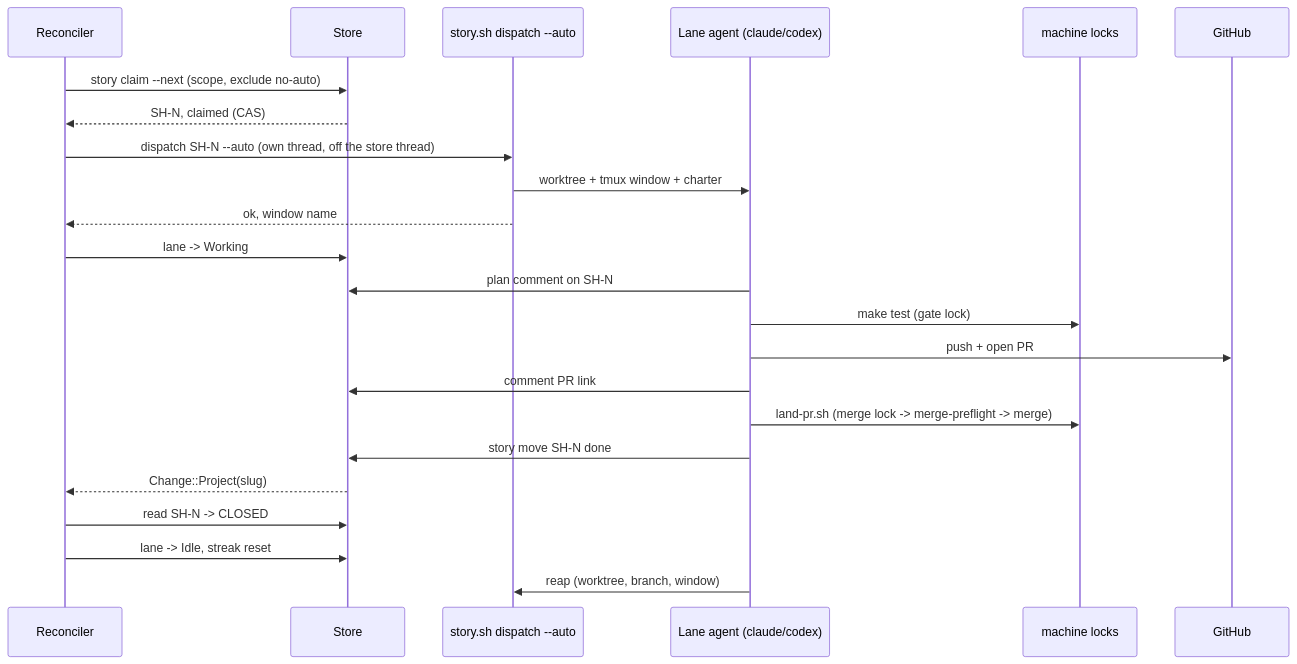
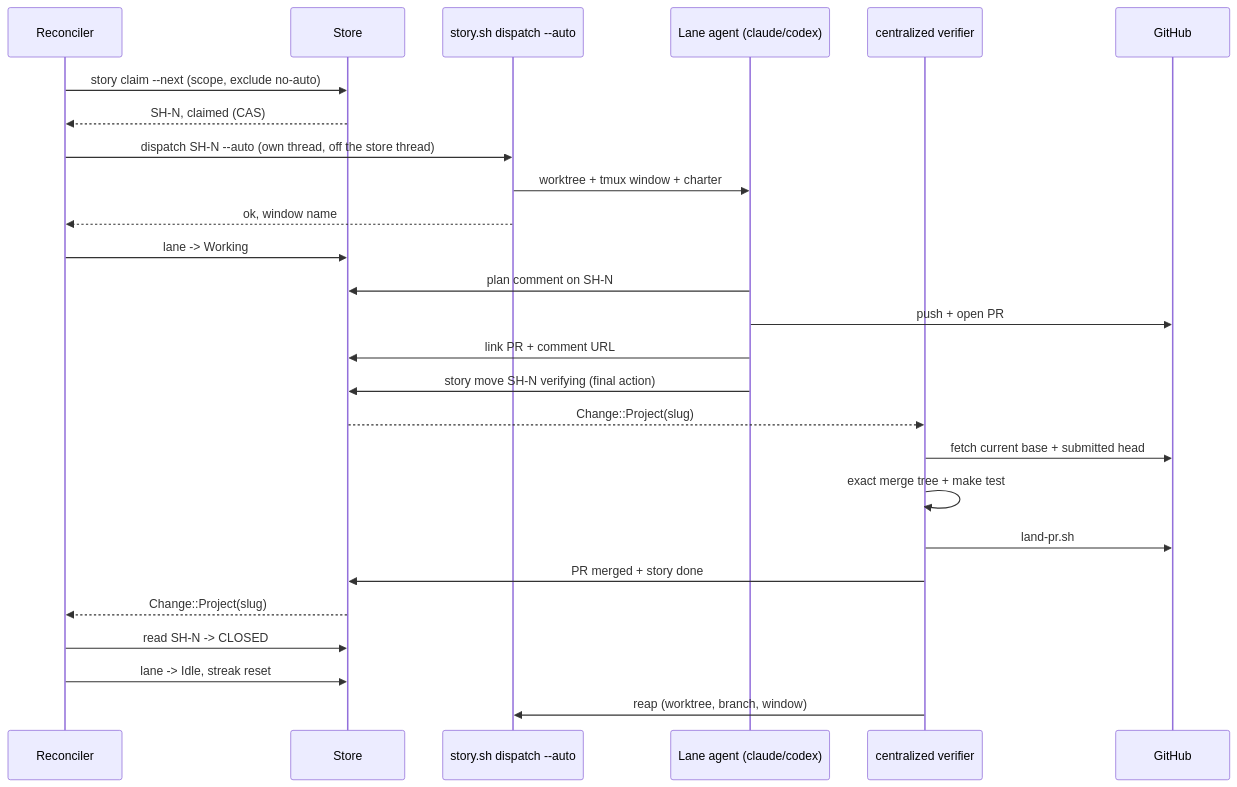
The fourth of 4 diagrams in docs/spec/full-auto-engine.md (mikeydotio/storyhook), drawn with Mermaid before and after one commit. The commit also changed other lines of this file and 52 other files, not shown here.

````diff
--- a/docs/spec/full-auto-engine.md
+++ b/docs/spec/full-auto-engine.md
@@ -263,26 +267,29 @@
 ```mermaid
 sequenceDiagram
     participant Rec as Reconciler
     participant Store
     participant Sh as story.sh dispatch --auto
     participant Lane as Lane agent (claude/codex)
-    participant Locks as machine locks
+    participant Ver as centralized verifier
     participant GH as GitHub
 
     Rec->>Store: story claim --next (scope, exclude no-auto)
     Store-->>Rec: SH-N, claimed (CAS)
     Rec->>Sh: dispatch SH-N --auto (own thread, off the store thread)
     Sh->>Lane: worktree + tmux window + charter
     Sh-->>Rec: ok, window name
     Rec->>Store: lane -> Working
     Lane->>Store: plan comment on SH-N
-    Lane->>Locks: make test (gate lock)
     Lane->>GH: push + open PR
-    Lane->>Store: comment PR link
-    Lane->>Locks: land-pr.sh (merge lock -> merge-preflight -> merge)
-    Lane->>Store: story move SH-N done
+    Lane->>Store: link PR + comment URL
+    Lane->>Store: story move SH-N verifying (final action)
+    Store-->>Ver: Change::Project(slug)
+    Ver->>GH: fetch current base + submitted head
+    Ver->>Ver: exact merge tree + make test
+    Ver->>GH: land-pr.sh
+    Ver->>Store: PR merged + story done
     Store-->>Rec: Change::Project(slug)
     Rec->>Store: read SH-N -> CLOSED
     Rec->>Store: lane -> Idle, streak reset
-    Lane->>Sh: reap (worktree, branch, window)
+    Ver->>Sh: reap (worktree, branch, window)
 ```
````
